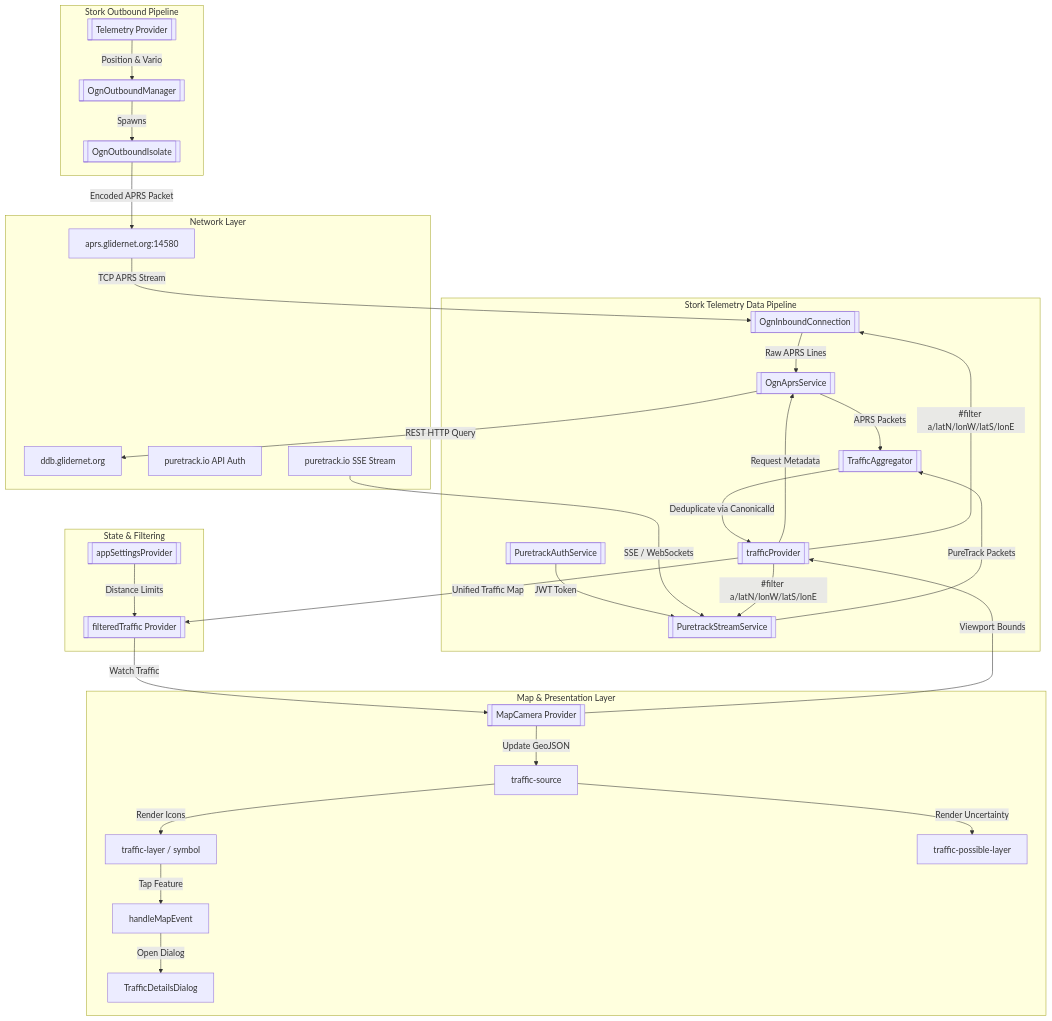
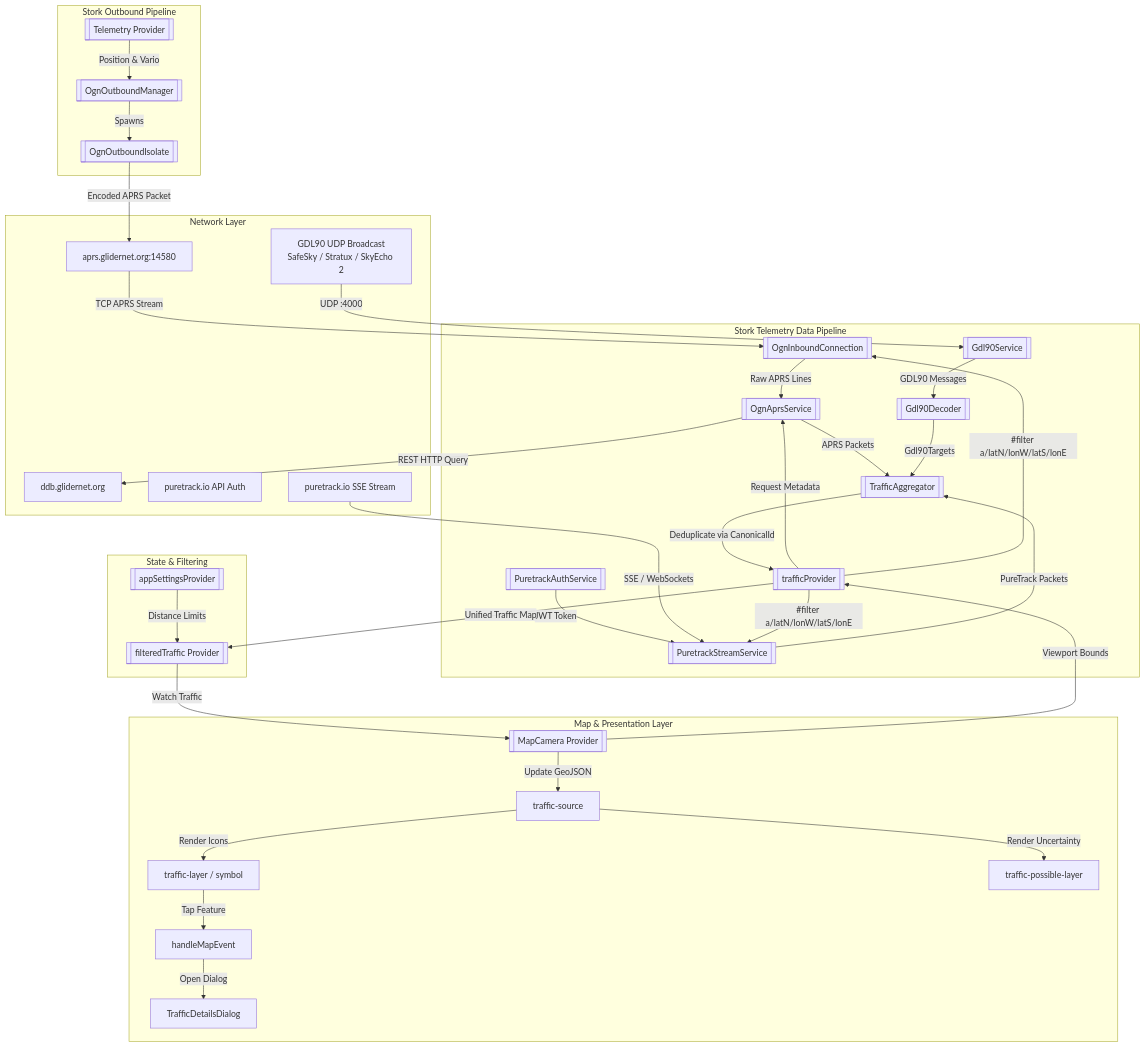
Before and after one commit to jobes/stork: the first of 2 diagrams in documentation/features/traffic.md, drawn with Mermaid. The commit also changed other lines of this file and 4 other files, not shown here.

Commit message:
refactor: update documentation to include GDL90 UDP receiver integration and related features

````diff
--- a/documentation/features/traffic.md
+++ b/documentation/features/traffic.md
@@ -11,48 +11,54 @@
 ```mermaid
 graph TD
     subgraph Network Layer
         OGNServer[aprs.glidernet.org:14580]
         DDBServer[ddb.glidernet.org]
         PureTrackAuth[puretrack.io API Auth]
         PureTrackStream[puretrack.io SSE Stream]
+        GDL90Rx[GDL90 UDP Broadcast<br/>SafeSky / Stratux / SkyEcho 2]
     end
 
     subgraph Stork Telemetry Data Pipeline
         InboundConn[[OgnInboundConnection]] -->|Raw APRS Lines| OgnService[[OgnAprsService]]
         OgnService -->|APRS Packets| Aggregator[[TrafficAggregator]]
         
         PureTrackAuthService[[PuretrackAuthService]] -->|JWT Token| PureTrackStreamService[[PuretrackStreamService]]
         PureTrackStreamService -->|PureTrack Packets| Aggregator
 
+        Gdl90Service[[Gdl90Service]] -->|GDL90 Messages| Gdl90Decoder[[Gdl90Decoder]]
+        Gdl90Decoder -->|Gdl90Targets| Aggregator
+
         Aggregator -->|Deduplicate via CanonicalId| TrafficNotifier[[trafficProvider]]
         TrafficNotifier -->|Request Metadata| OgnService
         OgnService -->|REST HTTP Query| DDBServer
     end
+
+    GDL90Rx -->|UDP :4000| Gdl90Service
 
     subgraph Stork Outbound Pipeline
         Telemetry[[Telemetry Provider]] -->|Position & Vario| OutboundMgr[[OgnOutboundManager]]
         OutboundMgr -->|Spawns| OutboundIsolate[[OgnOutboundIsolate]]
         OutboundIsolate -->|Encoded APRS Packet| OGNServer
     end
 
     subgraph State & Filtering
         TrafficNotifier -->|Unified Traffic Map| FilteredProvider[[filteredTraffic Provider]]
         Settings[[appSettingsProvider]] -->|Distance Limits| FilteredProvider
     end
 
     subgraph Map & Presentation Layer
         FilteredProvider -->|Watch Traffic| MapCamera[[MapCamera Provider]]
         MapCamera -->|Update GeoJSON| MapSource[traffic-source]
         MapSource -->|Render Icons| MapLayer[traffic-layer / symbol]
         MapSource -->|Render Uncertainty| PossibleLayer[traffic-possible-layer]
         
         MapLayer -->|Tap Feature| ClickHandler[handleMapEvent]
         ClickHandler -->|Open Dialog| Dialog[TrafficDetailsDialog]
     end
 
     OGNServer -->|TCP APRS Stream| InboundConn
     PureTrackStream -->|SSE / WebSockets| PureTrackStreamService
     MapCamera -->|Viewport Bounds| TrafficNotifier
     TrafficNotifier -->|#filter a/latN/lonW/latS/lonE| InboundConn
     TrafficNotifier -->|#filter a/latN/lonW/latS/lonE| PureTrackStreamService
 ```
````
